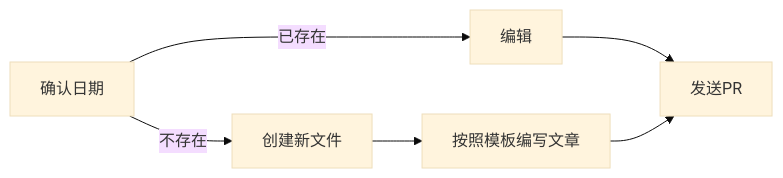
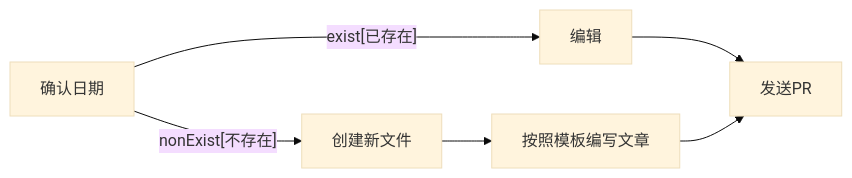
The diagram in index.md (Over-Run/blog), drawn with Mermaid (base theme) before and after one commit. The commit also changed other lines of this file, not shown here.

Commit message:
2022.01.12: GLUtils is going to change API specification

````diff
--- a/index.md
+++ b/index.md
@@ -9,5 +9,5 @@
 ```mermaid
 graph LR
-queryDate[确认日期] -- 已存在 --> 编辑 --> createPr["发送PR"]
-queryDate -- 不存在 --> 创建新文件 --> 按照模板编写文章 --> createPr
+queryDate[确认日期] -- exist[已存在] --> edit[编辑] --> createPr["发送PR"]
+queryDate -- nonExist[不存在] --> create[创建新文件] --> write[按照模板编写文章] --> createPr
 ```
````
